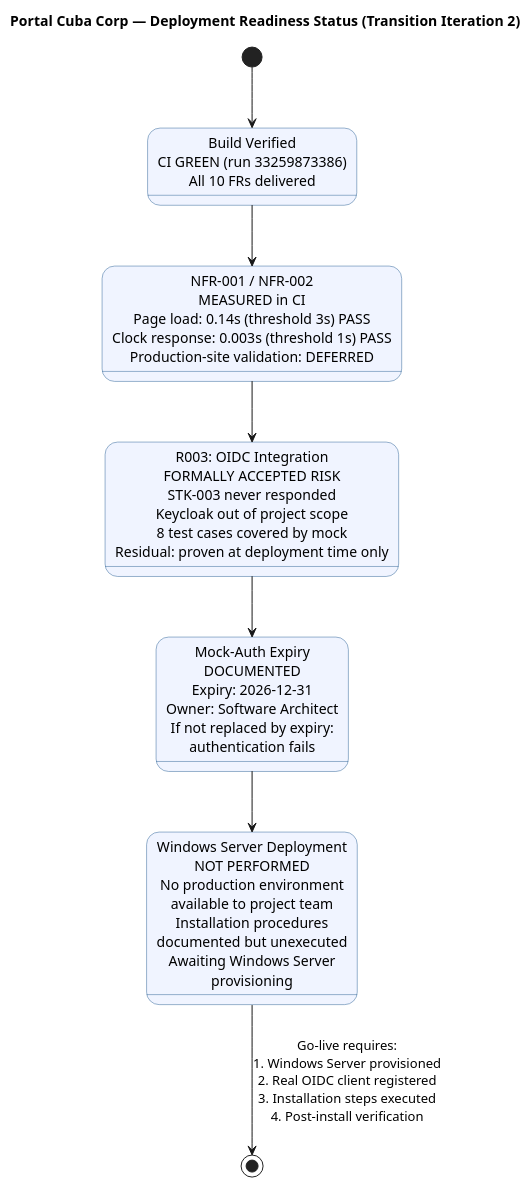
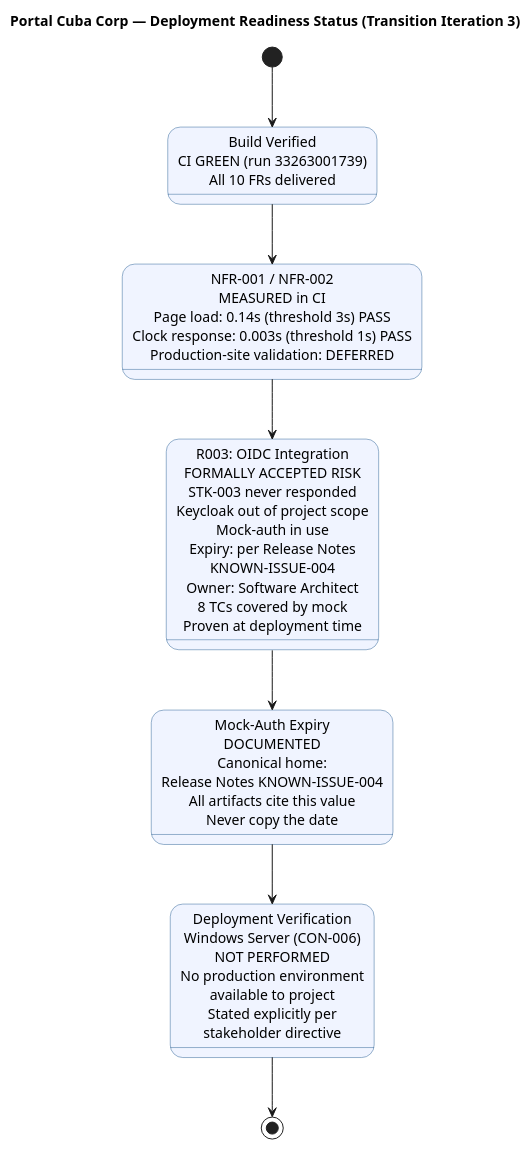
Before and after one commit to banense-test/portal-cuba-corp: diagram 12 of 13 in docs/artifacts/deployment/user-documentation.md, drawn with PlantUML. The commit also changed other lines of this file, not shown here.

````diff
--- a/docs/artifacts/deployment/user-documentation.md
+++ b/docs/artifacts/deployment/user-documentation.md
@@ -537,31 +544,31 @@
 ```plantuml
 @startuml
-title Portal Cuba Corp — Deployment Readiness Status (Transition Iteration 2)
+title Portal Cuba Corp — Deployment Readiness Status (Transition Iteration 3)
 
 skinparam stateBackgroundColor #F0F4FF
 skinparam stateBorderColor #336699
 
 [*] --> BuildVerified
 
-state "Build Verified\nCI GREEN (run 33259873386)\nAll 10 FRs delivered" as BuildVerified
+state "Build Verified\nCI GREEN (run 33263001739)\nAll 10 FRs delivered" as BuildVerified
 
 BuildVerified --> NFRMeasured
 
 state "NFR-001 / NFR-002\nMEASURED in CI\nPage load: 0.14s (threshold 3s) PASS\nClock response: 0.003s (threshold 1s) PASS\nProduction-site validation: DEFERRED" as NFRMeasured
 
 NFRMeasured --> OIDCRiskAccepted
 
-state "R003: OIDC Integration\nFORMALLY ACCEPTED RISK\nSTK-003 never responded\nKeycloak out of project scope\n8 test cases covered by mock\nResidual: proven at deployment time only" as OIDCRiskAccepted
+state "R003: OIDC Integration\nFORMALLY ACCEPTED RISK\nSTK-003 never responded\nKeycloak out of project scope\nMock-auth in use\nExpiry: per Release Notes\nKNOWN-ISSUE-004\nOwner: Software Architect\n8 TCs covered by mock\nProven at deployment time" as OIDCRiskAccepted
 
 OIDCRiskAccepted --> MockAuthDocumented
 
-state "Mock-Auth Expiry\nDOCUMENTED\nExpiry: 2026-12-31\nOwner: Software Architect\nIf not replaced by expiry:\nauthentication fails" as MockAuthDocumented
+state "Mock-Auth Expiry\nDOCUMENTED\nCanonical home:\nRelease Notes KNOWN-ISSUE-004\nAll artifacts cite this value\nNever copy the date" as MockAuthDocumented
 
-MockAuthDocumented --> DeploymentPending
+MockAuthDocumented --> DeploymentNotPerformed
 
-state "Windows Server Deployment\nNOT PERFORMED\nNo production environment\navailable to project team\nInstallation procedures\ndocumented but unexecuted\nAwaiting Windows Server\nprovisioning" as DeploymentPending
+state "Deployment Verification\nWindows Server (CON-006)\nNOT PERFORMED\nNo production environment\navailable to project\nStated explicitly per\nstakeholder directive" as DeploymentNotPerformed
 
-DeploymentPending --> [*] : Go-live requires:\n1. Windows Server provisioned\n2. Real OIDC client registered\n3. Installation steps executed\n4. Post-install verification
+DeploymentNotPerformed --> [*]
 
 @enduml
 ```
````
